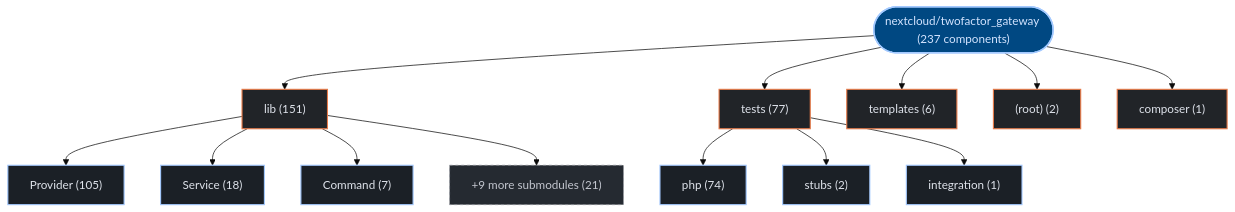
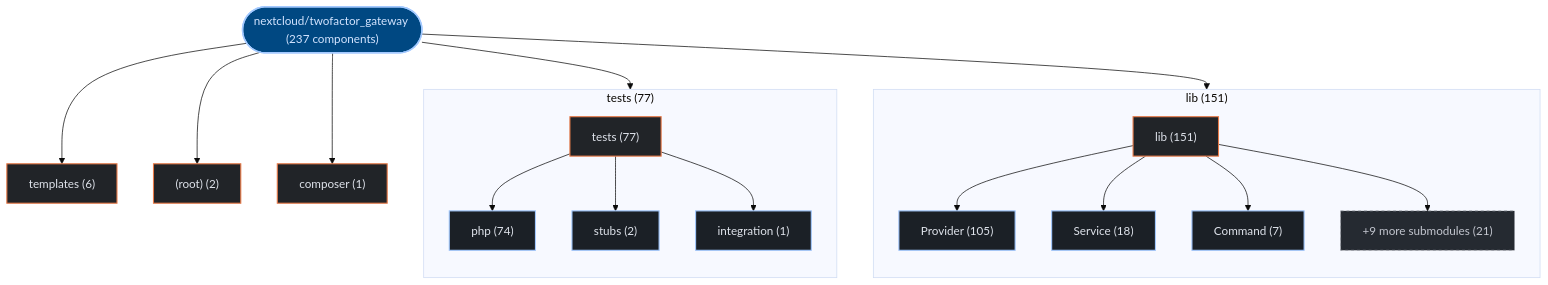
Before and after one commit to kumarshaz/atruss-code-atlas: the first of 2 diagrams in exports/latest/reports/nextcloud-twofactor_gateway-report.md, drawn with Mermaid (base theme). The commit also changed 178 other files, not shown here.

Commit message:
feat(ui,mermaid): upgrade to mermaid v12 + ELK layout, add orgs-summary + pagination, subgraph building blocks, fix tab alignment

````diff
--- a/exports/latest/reports/nextcloud-twofactor_gateway-report.md
+++ b/exports/latest/reports/nextcloud-twofactor_gateway-report.md
@@ -42,35 +42,41 @@
 ```mermaid
 graph TD;
   classDef atlasRoot fill:#004882,stroke:#a3c9ff,stroke-width:2px,color:#d3e4ff
   classDef atlasCategory fill:#212428,stroke:#E87A48,stroke-width:1.5px,color:#dfe3eb
   classDef atlasWorkflow fill:#1b2026,stroke:#a3c9ff,stroke-width:1.5px,color:#dfe3eb
   classDef atlasJob fill:#171c22,stroke:#8d9199,stroke-width:1px,color:#dfe3eb
   classDef atlasTarget fill:#005227,stroke:#8bd99b,stroke-width:1.5px,color:#a7f6b6
   classDef atlasAlert fill:#93000a,stroke:#ffb4ab,stroke-width:1.5px,color:#ffdad6
   classDef atlasMore fill:#252a31,stroke:#8d9199,stroke-dasharray:4 4,color:#c3c6cf
     repo_root(["nextcloud/twofactor_gateway (237 components)"]):::atlasRoot
-    dir_0_lib["lib (151)"]:::atlasCategory
+    subgraph sg_dir_0_lib["lib (151)"]
+      direction TB
+      dir_0_lib["lib (151)"]:::atlasCategory
+      sub_0_0_Provider["Provider (105)"]:::atlasWorkflow
+      dir_0_lib --> sub_0_0_Provider
+      sub_0_1_Service["Service (18)"]:::atlasWorkflow
+      dir_0_lib --> sub_0_1_Service
+      sub_0_2_Command["Command (7)"]:::atlasWorkflow
+      dir_0_lib --> sub_0_2_Command
+      sub_0_more["+9 more submodules (21)"]:::atlasMore
+      dir_0_lib --> sub_0_more
+    end
     repo_root --> dir_0_lib
-    sub_0_0_Provider["Provider (105)"]:::atlasWorkflow
-    dir_0_lib --> sub_0_0_Provider
-    sub_0_1_Service["Service (18)"]:::atlasWorkflow
-    dir_0_lib --> sub_0_1_Service
-    sub_0_2_Command["Command (7)"]:::atlasWorkflow
-    dir_0_lib --> sub_0_2_Command
-    sub_0_more["+9 more submodules (21)"]:::atlasMore
-    dir_0_lib --> sub_0_more
-    dir_1_tests["tests (77)"]:::atlasCategory
+    subgraph sg_dir_1_tests["tests (77)"]
+      direction TB
+      dir_1_tests["tests (77)"]:::atlasCategory
+      sub_1_0_php["php (74)"]:::atlasWorkflow
+      dir_1_tests --> sub_1_0_php
+      sub_1_1_stubs["stubs (2)"]:::atlasWorkflow
+      dir_1_tests --> sub_1_1_stubs
+      sub_1_2_integration["integration (1)"]:::atlasWorkflow
+      dir_1_tests --> sub_1_2_integration
+    end
     repo_root --> dir_1_tests
-    sub_1_0_php["php (74)"]:::atlasWorkflow
-    dir_1_tests --> sub_1_0_php
-    sub_1_1_stubs["stubs (2)"]:::atlasWorkflow
-    dir_1_tests --> sub_1_1_stubs
-    sub_1_2_integration["integration (1)"]:::atlasWorkflow
-    dir_1_tests --> sub_1_2_integration
     dir_2_templates["templates (6)"]:::atlasCategory
     repo_root --> dir_2_templates
     dir_3__root_["(root) (2)"]:::atlasCategory
     repo_root --> dir_3__root_
     dir_4_composer["composer (1)"]:::atlasCategory
     repo_root --> dir_4_composer
 ```
````
